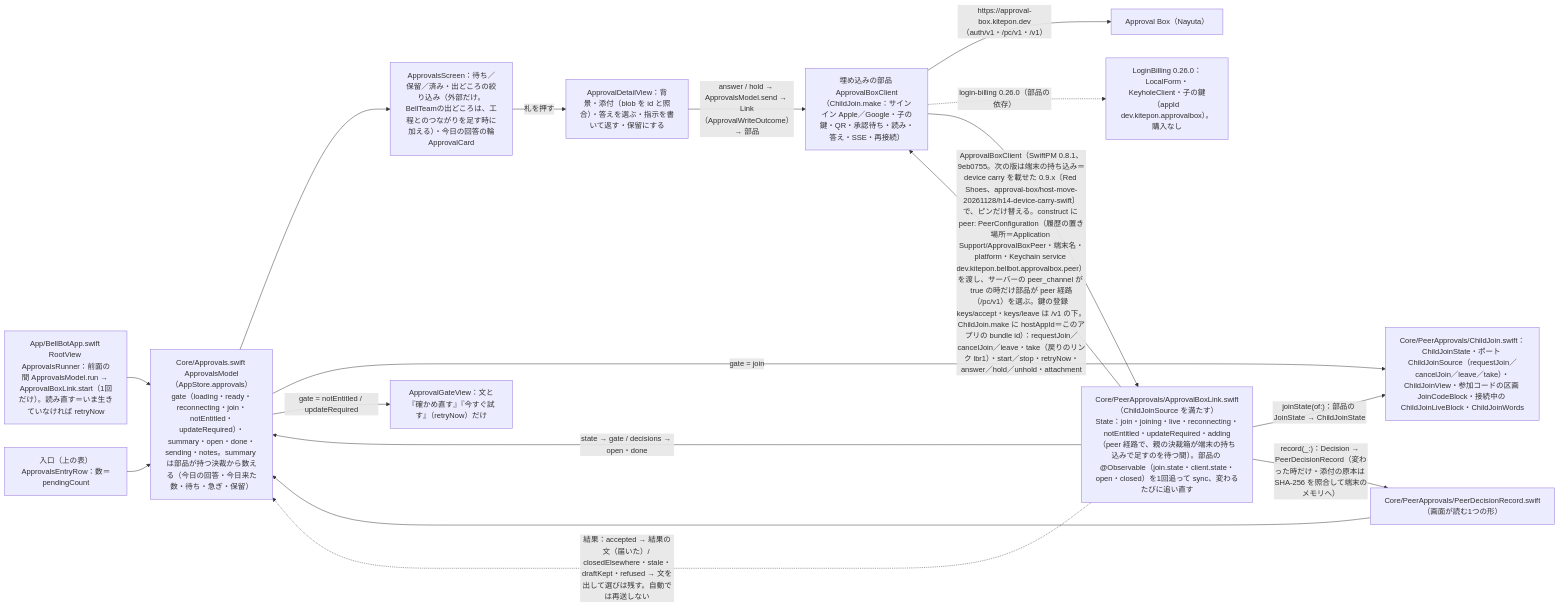
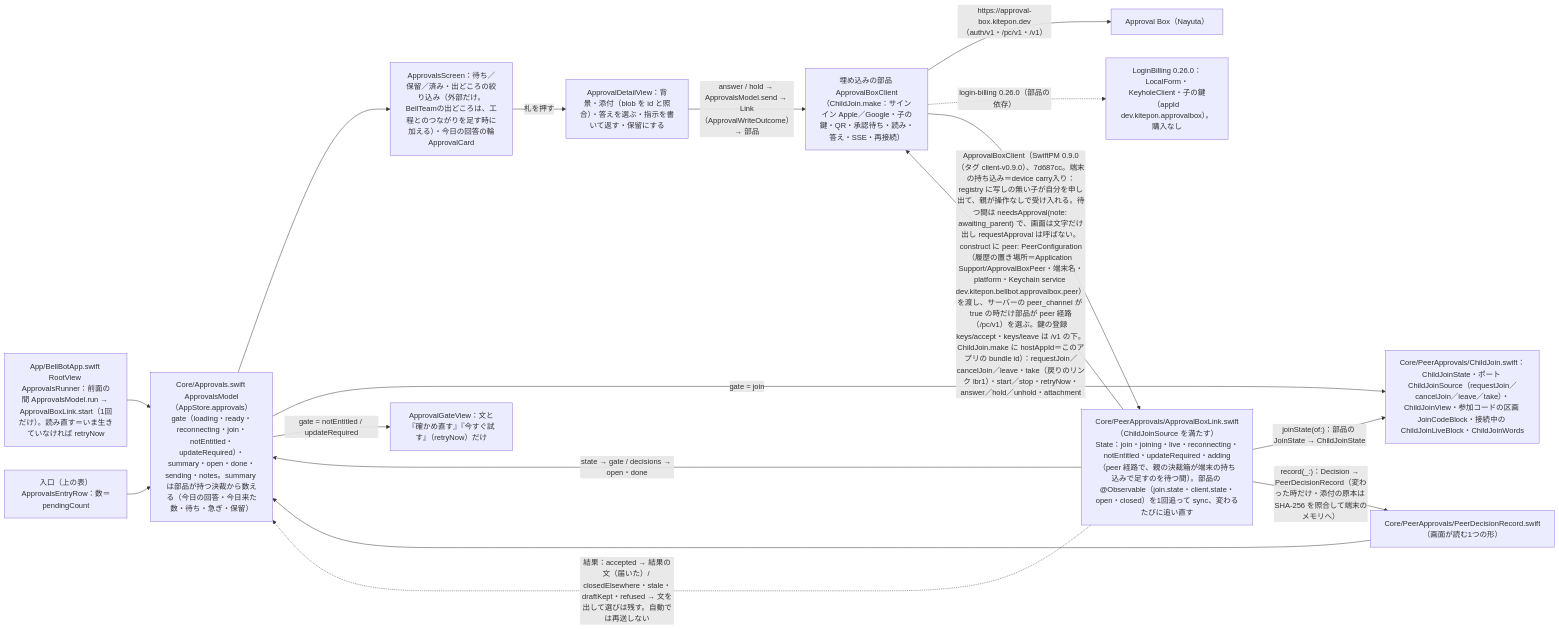
One commit to kitepon/BellTeam changed the diagram in docs/architecture/modules/apple/approvals.md. Above: the diagram before and after it, drawn with Mermaid. The commit also changed 3 other files, not shown here.

Commit message:
Apple 決裁箱: pin ApprovalBoxClient 0.9.0 (device carry) 7d687cc

````diff
--- a/docs/architecture/modules/apple/approvals.md
+++ b/docs/architecture/modules/apple/approvals.md
@@ -17,21 +17,21 @@
 ```mermaid
 flowchart LR
   Run["App/BellBotApp.swift RootView ApprovalsRunner：前面の間 ApprovalsModel.run → ApprovalBoxLink.start（1回だけ）。読み直す＝いま生きていなければ retryNow"] --> Model
   Entry["入口（上の表）ApprovalsEntryRow：数＝pendingCount"] --> Model
   Model["Core/Approvals.swift ApprovalsModel（AppStore.approvals）<br/>gate（loading・ready・reconnecting・join・notEntitled・updateRequired）・summary・open・done・sending・notes。summary は部品が持つ決裁から数える（今日の回答・今日来た数・待ち・急ぎ・保留）"]
   Link["Core/PeerApprovals/ApprovalBoxLink.swift（ChildJoinSource を満たす）<br/>State：join・joining・live・reconnecting・notEntitled・updateRequired・adding（peer 経路で、親の決裁箱が端末の持ち込みで足すのを待つ間）。部品の @Observable（join.state・client.state・open・closed）を1回追って sync、変わるたびに追い直す"]
   Link -->|"state → gate / decisions → open・done"| Model
-  Link -->|"ApprovalBoxClient（SwiftPM 0.8.1、9eb0755。次の版は端末の持ち込み＝device carry を載せた 0.9.x〔Red Shoes、approval-box/host-move-20261128/h14-device-carry-swift〕で、ピンだけ替える。construct に peer: PeerConfiguration（履歴の置き場所＝Application Support/ApprovalBoxPeer・端末名・platform・Keychain service dev.kitepon.bellbot.approvalbox.peer）を渡し、サーバーの peer_channel が true の時だけ部品が peer 経路（/pc/v1）を選ぶ。鍵の登録 keys/accept・keys/leave は /v1 の下。ChildJoin.make に hostAppId＝このアプリの bundle id）：requestJoin／cancelJoin／leave・take（戻りのリンク lbr1）・start／stop・retryNow・answer／hold／unhold・attachment"| Comp["埋め込みの部品 ApprovalBoxClient（ChildJoin.make：サインイン Apple／Google・子の鍵・QR・承認待ち・読み・答え・SSE・再接続）"]
+  Link -->|"ApprovalBoxClient（SwiftPM 0.9.0（タグ client-v0.9.0）、7d687cc。端末の持ち込み＝device carry入り：registry に写しの無い子が自分を申し出て、親が操作なしで受け入れる。待つ間は needsApproval(note: awaiting_parent) で、画面は文字だけ出し requestApproval は呼ばない。construct に peer: PeerConfiguration（履歴の置き場所＝Application Support/ApprovalBoxPeer・端末名・platform・Keychain service dev.kitepon.bellbot.approvalbox.peer）を渡し、サーバーの peer_channel が true の時だけ部品が peer 経路（/pc/v1）を選ぶ。鍵の登録 keys/accept・keys/leave は /v1 の下。ChildJoin.make に hostAppId＝このアプリの bundle id）：requestJoin／cancelJoin／leave・take（戻りのリンク lbr1）・start／stop・retryNow・answer／hold／unhold・attachment"| Comp["埋め込みの部品 ApprovalBoxClient（ChildJoin.make：サインイン Apple／Google・子の鍵・QR・承認待ち・読み・答え・SSE・再接続）"]
   Comp -->|"https://approval-box.kitepon.dev（auth/v1・/pc/v1・/v1）"| AB["Approval Box（Nayuta）"]
   Comp -.->|"login-billing 0.26.0（部品の依存）"| LB["LoginBilling 0.26.0：LocalForm・KeyholeClient・子の鍵（appId dev.kitepon.approvalbox）。購入なし"]
   Comp --> Link
   Link -->|"joinState(of:)：部品の JoinState → ChildJoinState"| CJ["Core/PeerApprovals/ChildJoin.swift：ChildJoinState・ポート ChildJoinSource（requestJoin／cancelJoin／leave／take）・ChildJoinView・参加コードの区画 JoinCodeBlock・接続中の ChildJoinLiveBlock・ChildJoinWords"]
   Link -->|"record(_:)：Decision → PeerDecisionRecord（変わった時だけ・添付の原本は SHA-256 を照合して端末のメモリへ）"| Rec["Core/PeerApprovals/PeerDecisionRecord.swift（画面が読む1つの形）"]
   Rec --> Model
   Model --> Screen["ApprovalsScreen：待ち／保留／済み・出どころの絞り込み（外部だけ。BellTeamの出どころは、工程とのつながりを足す時に加える）・今日の回答の輪<br/>ApprovalCard"]
   Screen -->|"札を押す"| Detail["ApprovalDetailView：背景・添付（blob を id と照合）・答えを選ぶ・指示を書いて返す・保留にする"]
   Detail -->|"answer / hold → ApprovalsModel.send → Link（ApprovalWriteOutcome）→ 部品"| Comp
   Link -.->|"結果：accepted → 結果の文（届いた）/ closedElsewhere・stale・draftKept・refused → 文を出して選びは残す。自動では再送しない"| Model
   Model -->|"gate = join"| CJ
   Model -->|"gate = notEntitled / updateRequired"| GateView["ApprovalGateView：文と『確かめ直す』『今すぐ試す』（retryNow）だけ"]
 ```
````
